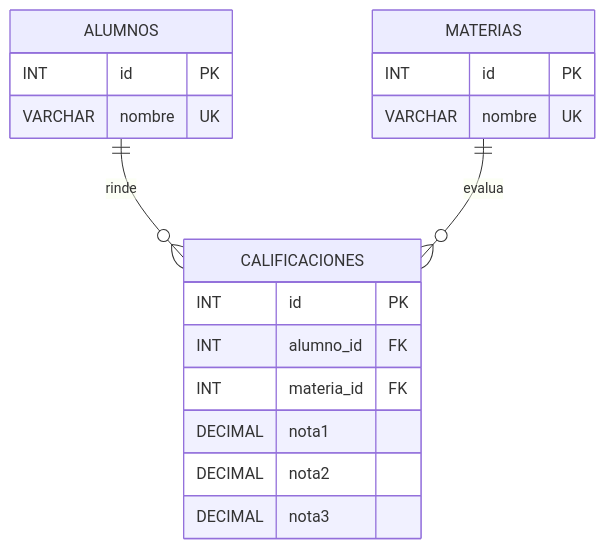
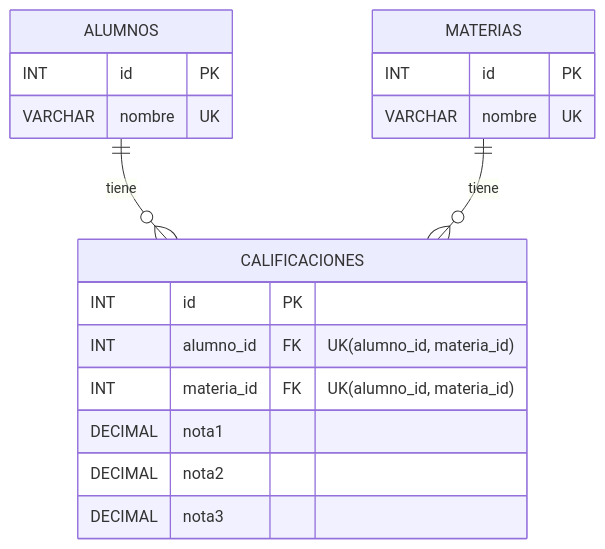
Before and after one commit to 8aitfolder/tup-programacion-IV-2026-tp2: the diagram in Ochoa, Leonel Maximo/Ejercicio 3/README.md, drawn with Mermaid.

Commit message:
Muestra en el diagrama ER la unicidad de alumno y materia.

````diff
--- a/Ochoa, Leonel Maximo/Ejercicio 3/README.md
+++ b/Ochoa, Leonel Maximo/Ejercicio 3/README.md
@@ -51,24 +51,24 @@
 ```mermaid
 erDiagram
-  ALUMNOS ||--o{ CALIFICACIONES : rinde
-  MATERIAS ||--o{ CALIFICACIONES : evalua
+  ALUMNOS ||--o{ CALIFICACIONES : tiene
+  MATERIAS ||--o{ CALIFICACIONES : tiene
 
   ALUMNOS {
     INT id PK
     VARCHAR nombre UK
   }
 
   MATERIAS {
     INT id PK
     VARCHAR nombre UK
   }
 
   CALIFICACIONES {
     INT id PK
-    INT alumno_id FK
-    INT materia_id FK
+    INT alumno_id FK "UK(alumno_id, materia_id)"
+    INT materia_id FK "UK(alumno_id, materia_id)"
     DECIMAL nota1
     DECIMAL nota2
     DECIMAL nota3
   }
 ```
````
